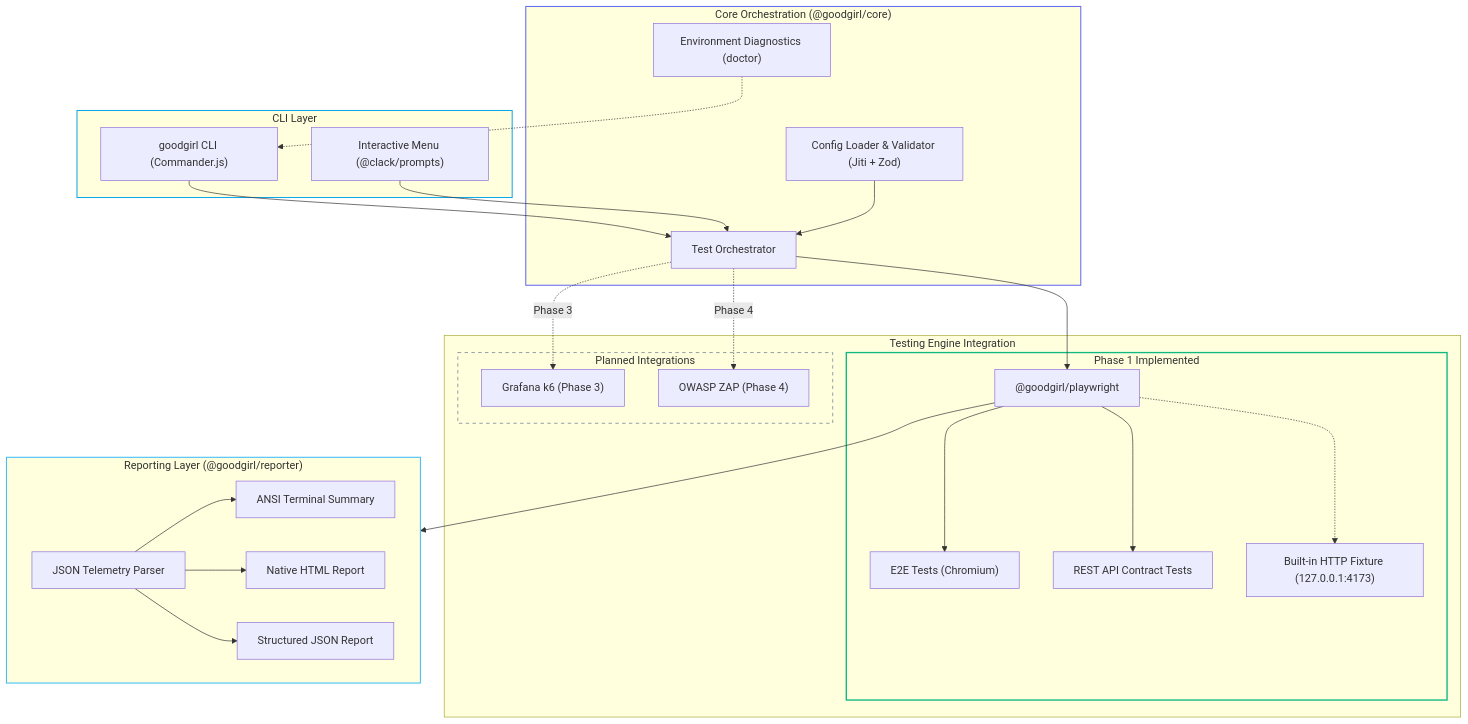
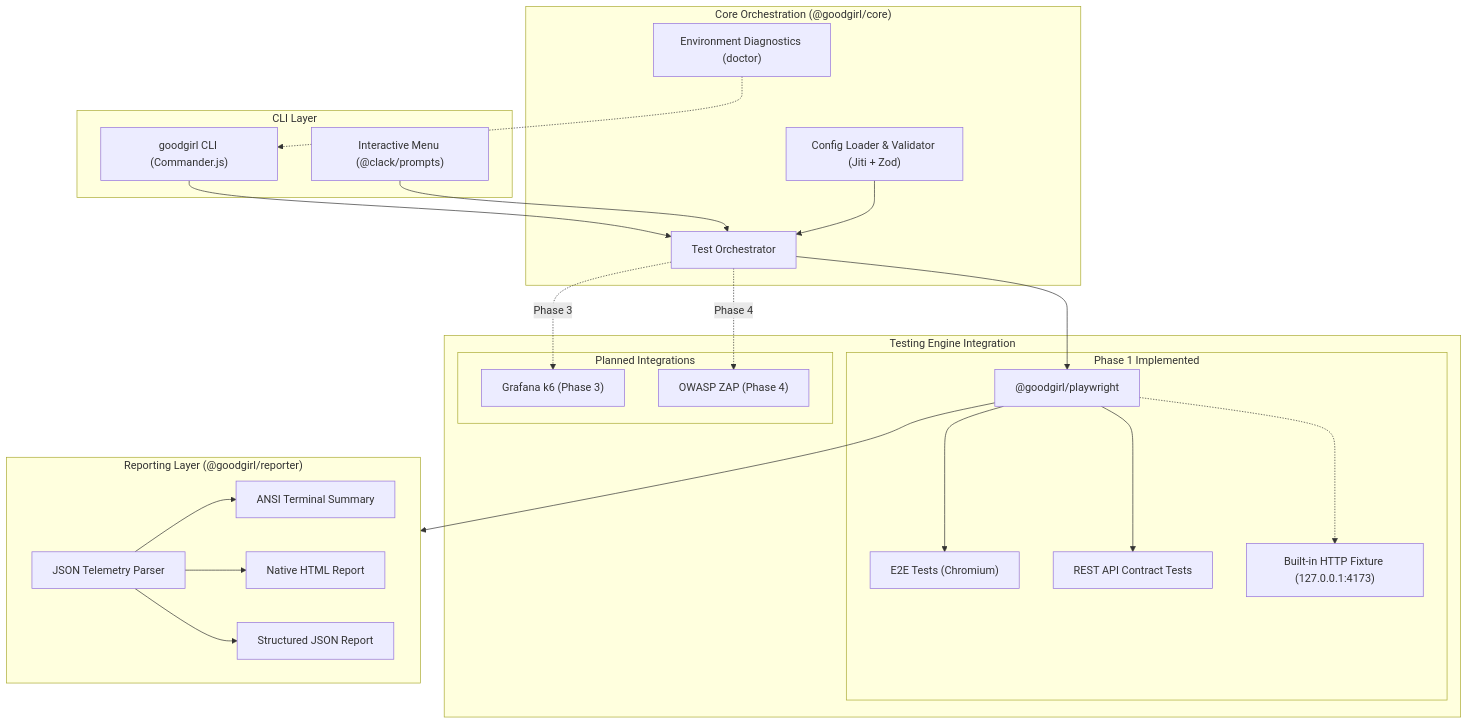
The diagram in README.md (Loydie123/goodgirl), drawn with Mermaid before and after one commit. The commit also changed other lines of this file and 2 other files, not shown here.

````diff
--- a/README.md
+++ b/README.md
@@ -277,57 +268,51 @@
 ```mermaid
 flowchart TD
     subgraph CLI["CLI Layer"]
         BIN["goodgirl CLI (Commander.js)"]
         MENU["Interactive Menu (@clack/prompts)"]
     end
 
     subgraph CORE["Core Orchestration (@goodgirl/core)"]
         ORCH["Test Orchestrator"]
         CFG["Config Loader & Validator (Jiti + Zod)"]
         DOC["Environment Diagnostics (doctor)"]
     end
 
     subgraph ENGINES["Testing Engine Integration"]
         subgraph ACTIVE["Phase 1 Implemented"]
             PW["@goodgirl/playwright"]
             E2E["E2E Tests (Chromium)"]
             API["REST API Contract Tests"]
             FIX["Built-in HTTP Fixture (127.0.0.1:4173)"]
         end
         subgraph FUTURE["Planned Integrations"]
             K6["Grafana k6 (Phase 3)"]
             ZAP["OWASP ZAP (Phase 4)"]
         end
     end
 
     subgraph REPORT["Reporting Layer (@goodgirl/reporter)"]
         PARSER["JSON Telemetry Parser"]
         TERM["ANSI Terminal Summary"]
         HTML["Native HTML Report"]
         JSON["Structured JSON Report"]
     end
 
     BIN --> ORCH
     MENU --> ORCH
     CFG --> ORCH
     DOC -.-> BIN
 
     ORCH --> PW
     PW --> E2E
     PW --> API
     PW -.-> FIX
 
     PW --> REPORT
     PARSER --> TERM
     PARSER --> HTML
     PARSER --> JSON
 
     ORCH -. "Phase 3" .-> K6
     ORCH -. "Phase 4" .-> ZAP
-
-    style ACTIVE stroke:#10b981,stroke-width:2px
-    style FUTURE stroke:#64748b,stroke-dasharray: 5 5
-    style CLI stroke:#0ea5e9,stroke-width:1.5px
-    style CORE stroke:#6366f1,stroke-width:1.5px
-    style REPORT stroke:#38bdf8,stroke-width:1.5px
 ```
````
